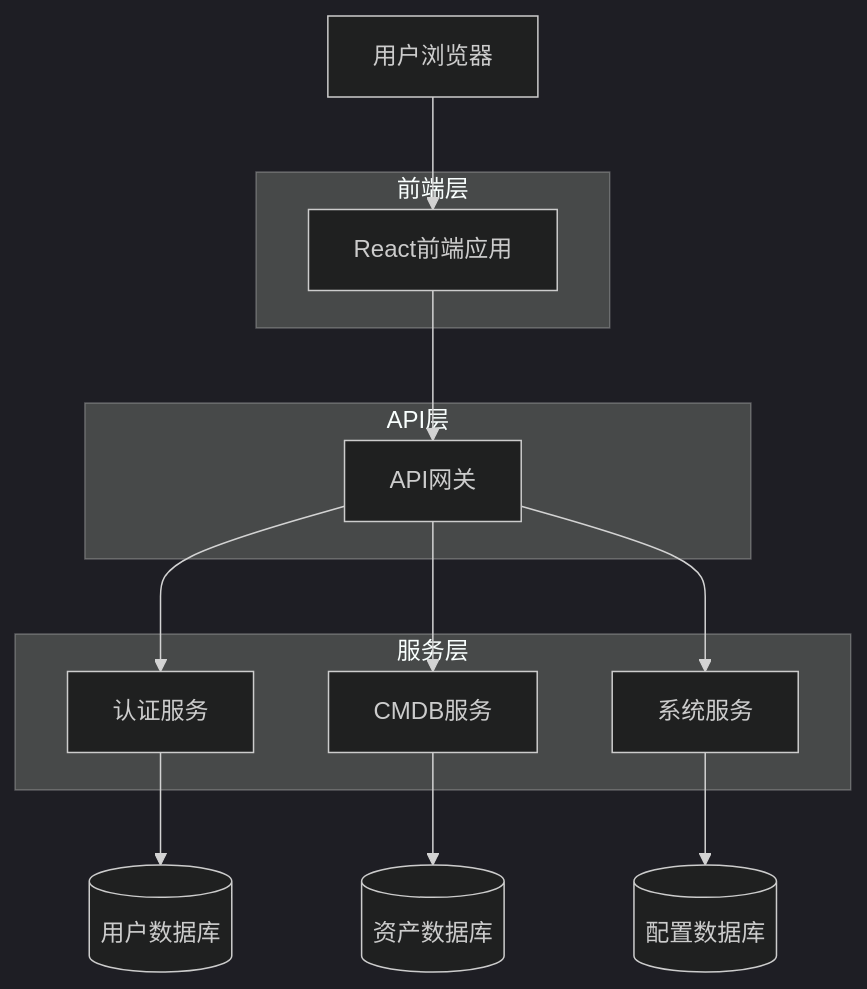
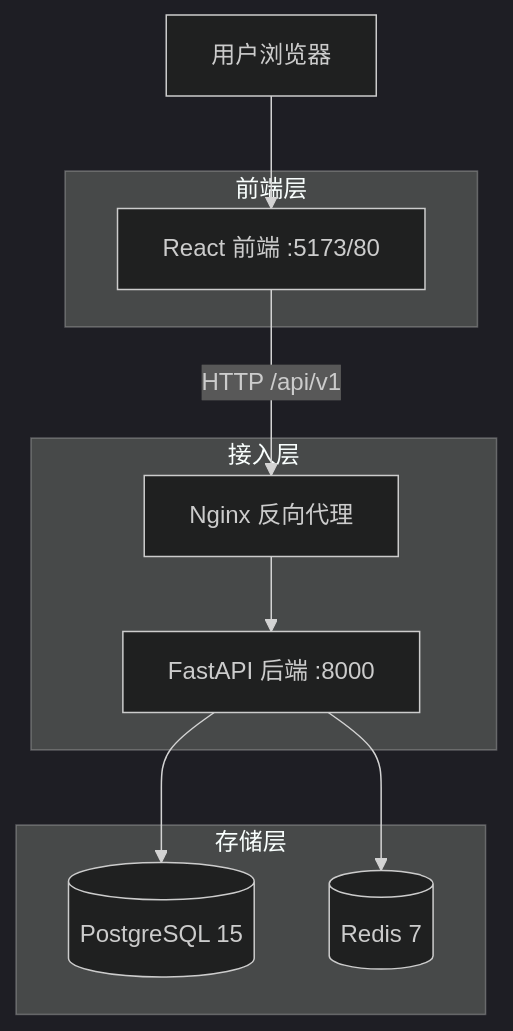
The first of 2 diagrams in .trae/documents/ops_middle_platform_tech_arch.md (blurcat/fast_omp), drawn with Mermaid (dark theme) before and after one commit. The commit also changed other lines of this file and 2 other files, not shown here.

````diff
--- a/.trae/documents/ops_middle_platform_tech_arch.md
+++ b/.trae/documents/ops_middle_platform_tech_arch.md
@@ -3,26 +7,22 @@
 ```mermaid
 graph TD
-    A[用户浏览器] --> B[React前端应用]
-    B --> C[API网关]
-    C --> D[认证服务]
-    C --> E[CMDB服务]
-    C --> F[系统服务]
-    
+    A[用户浏览器] --> B[React 前端 :5173/80]
+    B -->|HTTP /api/v1| C[Nginx 反向代理]
+    C --> D[FastAPI 后端 :8000]
+    D --> E[(PostgreSQL 15)]
+    D --> F[(Redis 7)]
+
     subgraph "前端层"
         B
     end
-    
-    subgraph "API层"
+
+    subgraph "接入层"
         C
+        D
     end
-    
-    subgraph "服务层"
-        D
+
+    subgraph "存储层"
         E
         F
     end
-    
-    D --> G[(用户数据库)]
-    E --> H[(资产数据库)]
-    F --> I[(配置数据库)]
 ```
````
